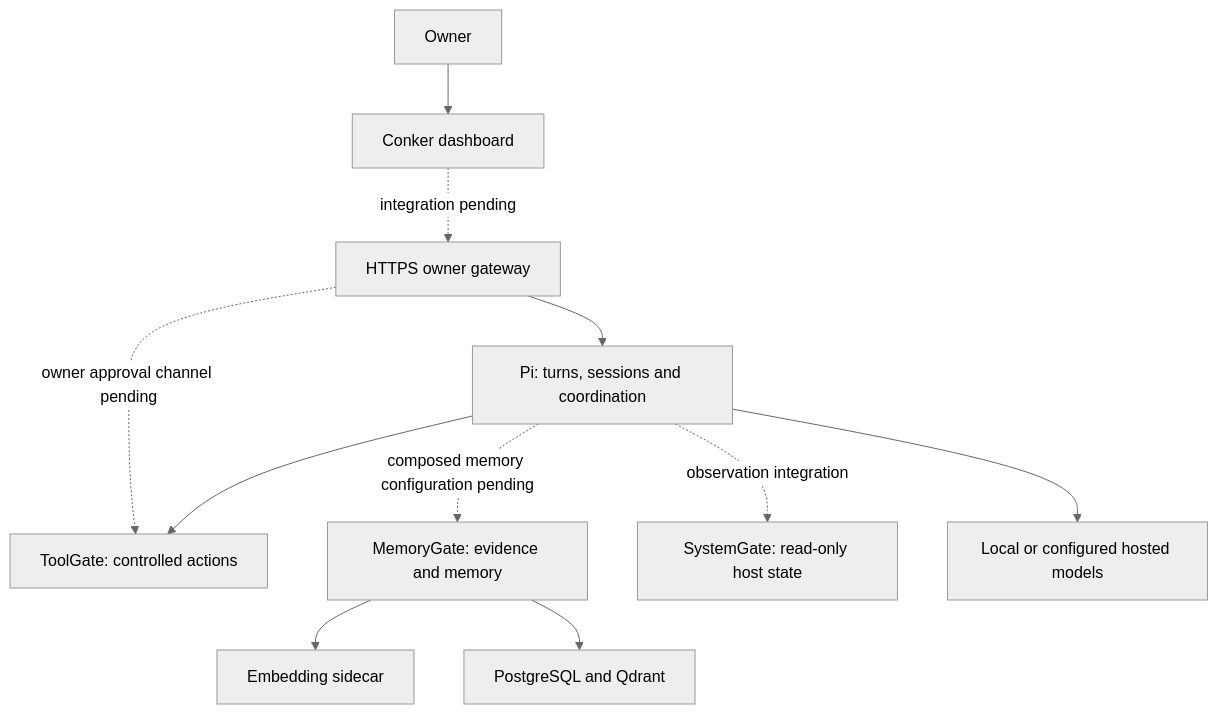
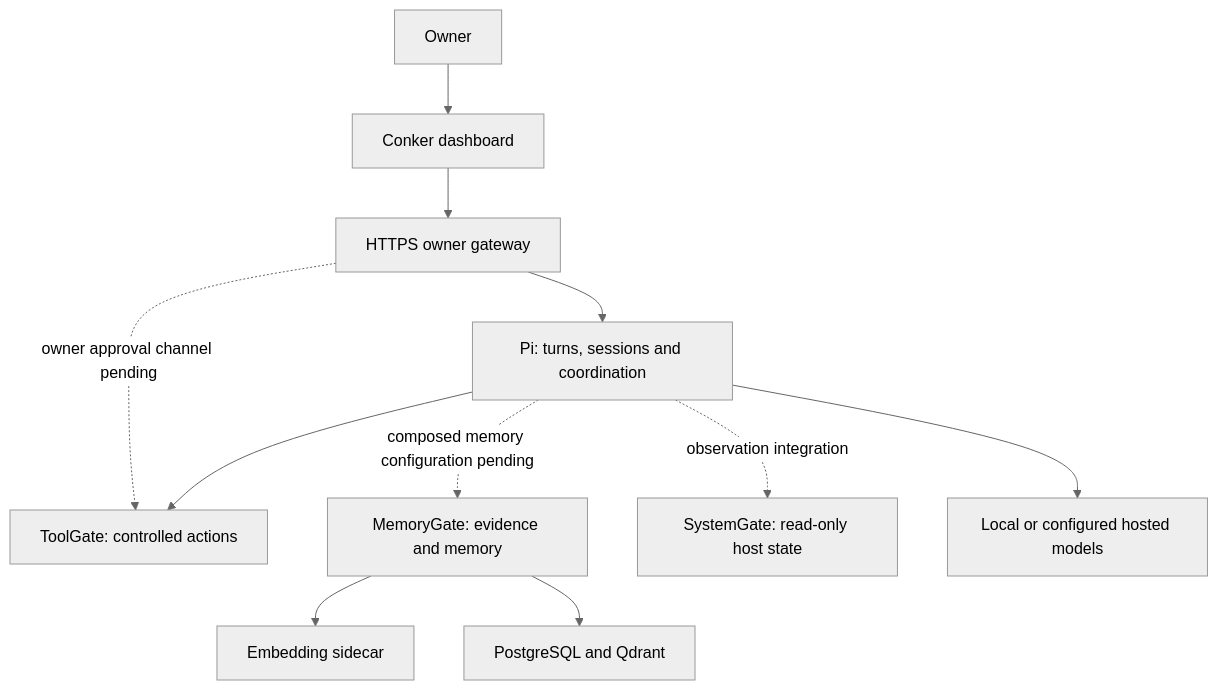
Before and after one commit to Conker-AI/conker: the diagram in README.md, drawn with Mermaid (neutral theme). The commit also changed other lines of this file and 16 other files, not shown here.

````diff
--- a/README.md
+++ b/README.md
@@ -93,13 +93,13 @@
 ```mermaid
 flowchart TB
     Owner[Owner] --> Dashboard[Conker dashboard]
-    Dashboard -. integration pending .-> Gateway[HTTPS owner gateway]
+    Dashboard --> Gateway[HTTPS owner gateway]
     Gateway --> Pi[Pi: turns, sessions and coordination]
     Gateway -. owner approval channel pending .-> ToolGate[ToolGate: controlled actions]
     Pi --> ToolGate
     Pi -. composed memory configuration pending .-> MemoryGate[MemoryGate: evidence and memory]
     Pi -. observation integration .-> SystemGate[SystemGate: read-only host state]
     MemoryGate --> Embeddings[Embedding sidecar]
     MemoryGate --> Stores[PostgreSQL and Qdrant]
     Pi --> Models[Local or configured hosted models]
 ```
````
